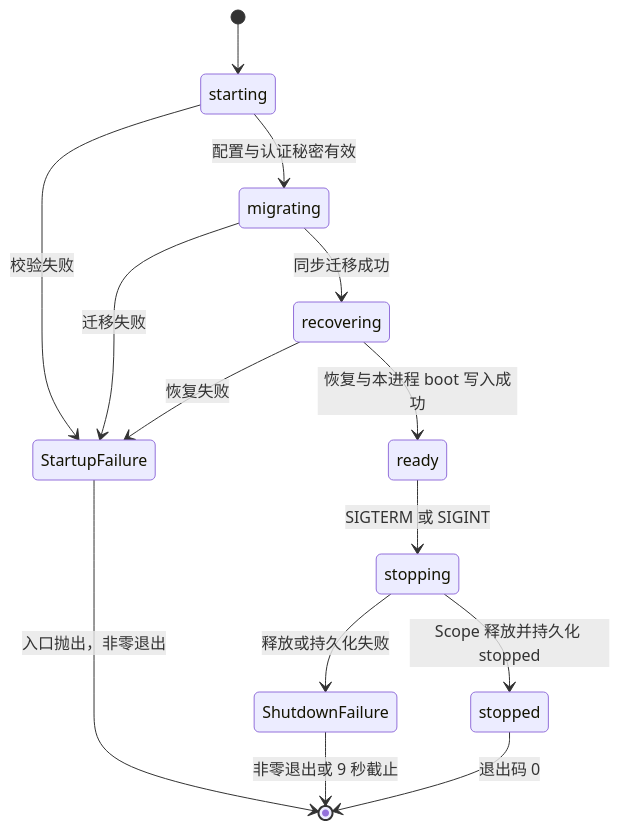
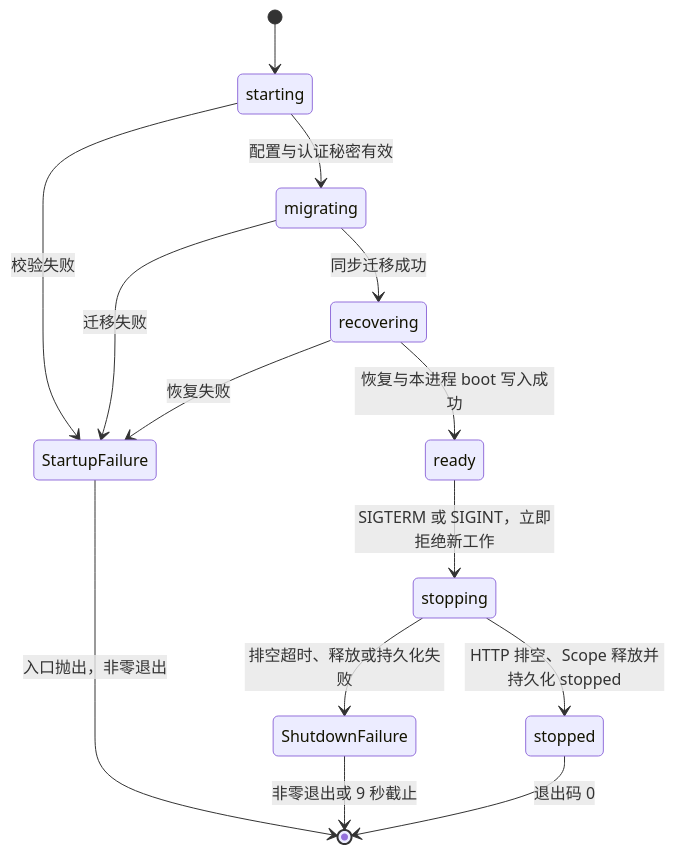
The diagram in docs/p1/runtime.md (tinysnake/sprout-mio), drawn with Mermaid before and after one commit. The commit also changed other lines of this file and 9 other files, not shown here.

````diff
--- a/docs/p1/runtime.md
+++ b/docs/p1/runtime.md
@@ -9,16 +9,16 @@
 ```mermaid
 stateDiagram-v2
     [*] --> starting
     starting --> migrating: 配置与认证秘密有效
     migrating --> recovering: 同步迁移成功
     recovering --> ready: 恢复与本进程 boot 写入成功
-    ready --> stopping: SIGTERM 或 SIGINT
-    stopping --> stopped: Scope 释放并持久化 stopped
+    ready --> stopping: SIGTERM 或 SIGINT，立即拒绝新工作
+    stopping --> stopped: HTTP 排空、Scope 释放并持久化 stopped
     starting --> StartupFailure: 校验失败
     migrating --> StartupFailure: 迁移失败
     recovering --> StartupFailure: 恢复失败
-    stopping --> ShutdownFailure: 释放或持久化失败
+    stopping --> ShutdownFailure: 排空超时、释放或持久化失败
     StartupFailure --> [*]: 入口抛出，非零退出
     ShutdownFailure --> [*]: 非零退出或 9 秒截止
     stopped --> [*]: 退出码 0
 ```
````
